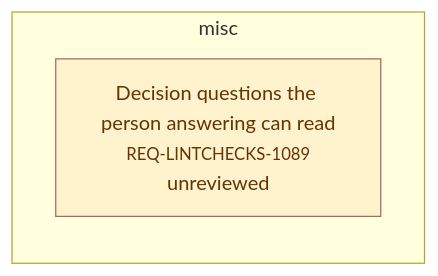
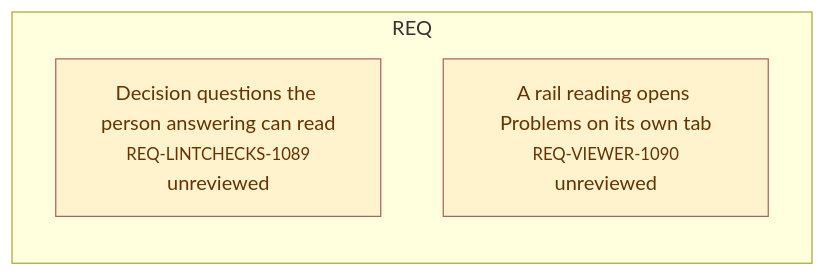
The fourth of 4 diagrams in plugin/requirements/_map.md (alxmax/Requirement-manager), drawn with Mermaid before and after one commit. The commit also changed other lines of this file and 14 other files, not shown here.

First line of the commit message:
Split the rail routing out of REQ-VIEWER-1084 and keep ARCH-VIEWER-007 whole (v8.16.0).

````diff
--- a/plugin/requirements/_map.md
+++ b/plugin/requirements/_map.md
@@ -1090,7 +1091,9 @@
 ```mermaid
 graph LR
-  subgraph sg_misc["misc"]
+  subgraph sg_REQ["REQ"]
     REQ_LINTCHECKS_1089["Decision questions the person answering can read<br><small>REQ-LINTCHECKS-1089</small><br>unreviewed"]
+    REQ_VIEWER_1090["A rail reading opens Problems on its own tab<br><small>REQ-VIEWER-1090</small><br>unreviewed"]
   end
   style REQ_LINTCHECKS_1089 fill:#fff3cd,stroke:#a66,color:#630
+  style REQ_VIEWER_1090 fill:#fff3cd,stroke:#a66,color:#630
 ```
````
